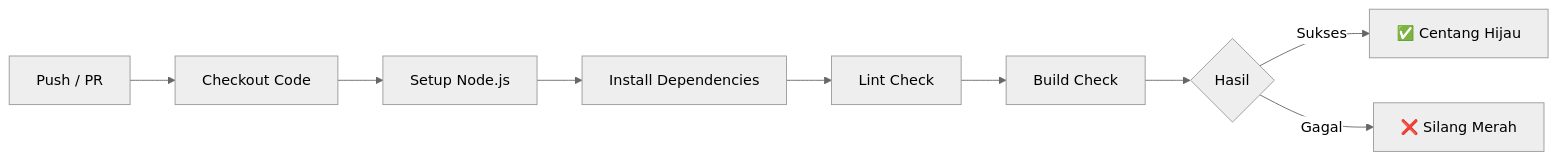
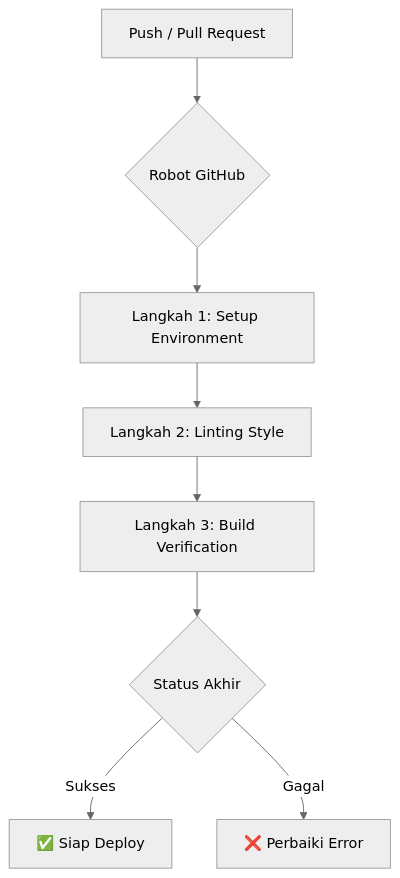
Before and after one commit to iratnasan/blog: the diagram in docs/CICD_SETUP.md, drawn with Mermaid (neutral theme). The commit also changed other lines of this file and 4 other files, not shown here.

````diff
--- a/docs/CICD_SETUP.md
+++ b/docs/CICD_SETUP.md
@@ -22,11 +14,10 @@
 ```mermaid
-graph LR
-    A[Push / PR] --> B[Checkout Code]
-    B --> C[Setup Node.js]
-    C --> D[Install Dependencies]
-    D --> E[Lint Check]
-    E --> F[Build Check]
-    F --> G{Hasil}
-    G -->|Sukses| H[✅ Centang Hijau]
-    G -->|Gagal| I[❌ Silang Merah]
+graph TD
+    A[Push / Pull Request] --> B{Robot GitHub}
+    B --> C[Langkah 1: Setup Environment]
+    C --> D[Langkah 2: Linting Style]
+    D --> E[Langkah 3: Build Verification]
+    E --> F{Status Akhir}
+    F -->|Sukses| G[✅ Siap Deploy]
+    F -->|Gagal| H[❌ Perbaiki Error]
 ```
````
